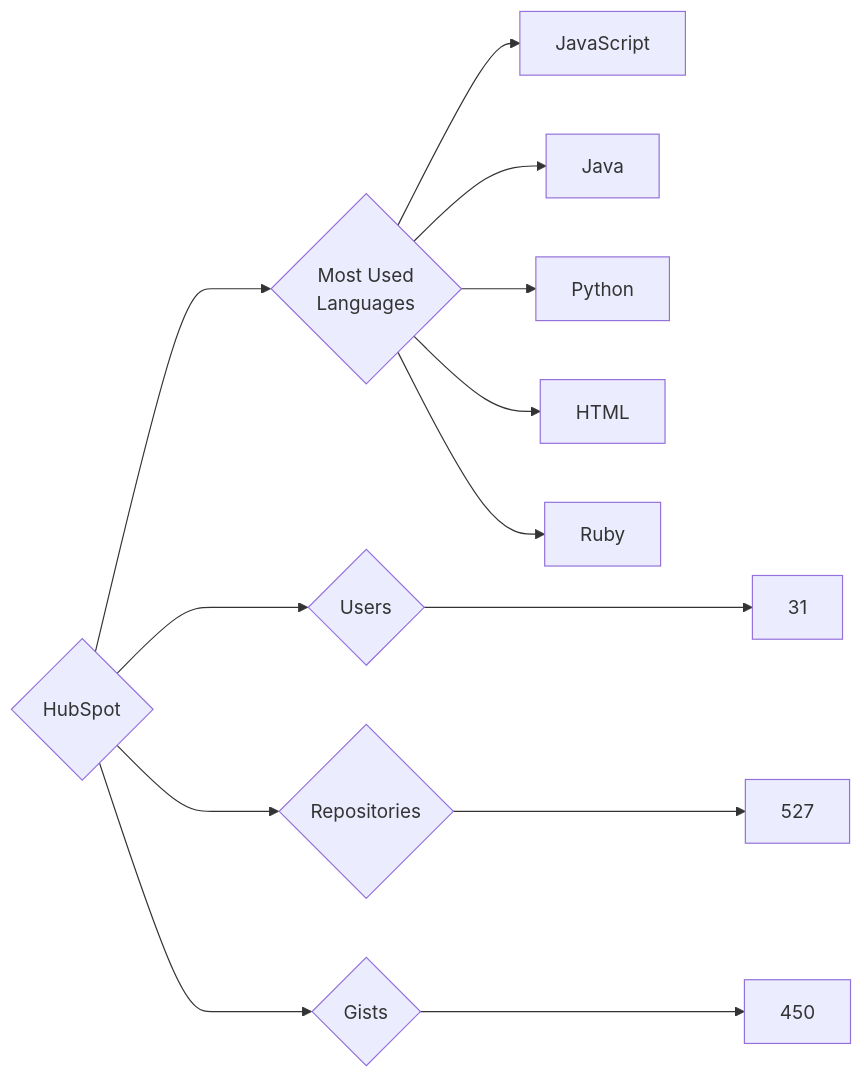
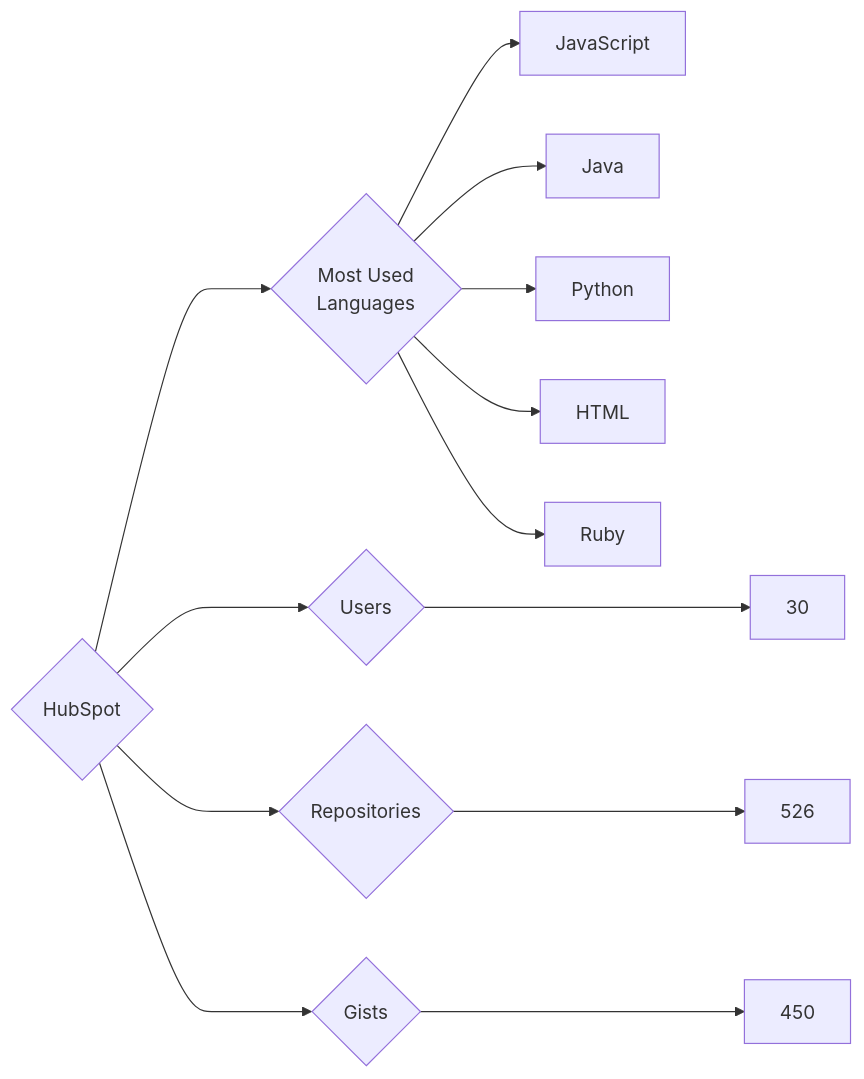
The diagram in targets/HubSpot/README.md (trickest/insiders), drawn with Mermaid before and after one commit. The commit also changed 622 other files, not shown here.

````diff
--- a/targets/HubSpot/README.md
+++ b/targets/HubSpot/README.md
@@ -3,13 +3,13 @@
 ```mermaid
 graph LR
 COMPANY_NAME{HubSpot}
-COMPANY_NAME ---> U{Users} ---> UN[31]
-COMPANY_NAME ---> R{Repositories} ---> RN[527]
+COMPANY_NAME ---> U{Users} ---> UN[30]
+COMPANY_NAME ---> R{Repositories} ---> RN[526]
 COMPANY_NAME ---> G{Gists} ---> GN[450]
 COMPANY_NAME ---> ML{Most Used<br>Languages}
 ML --> JavaScript[JavaScript]
 ML --> Java[Java]
 ML --> Python[Python]
 ML --> HTML[HTML]
 ML --> Ruby[Ruby]
 ```
````
